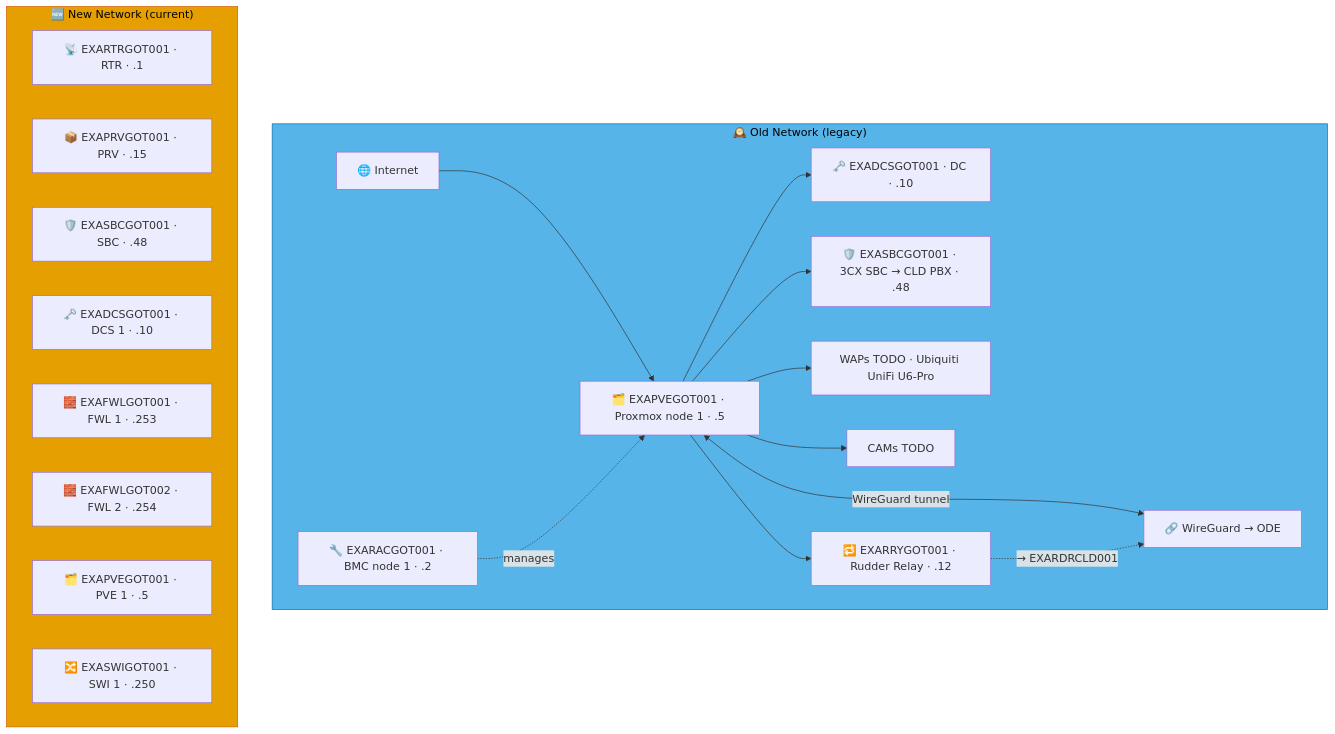
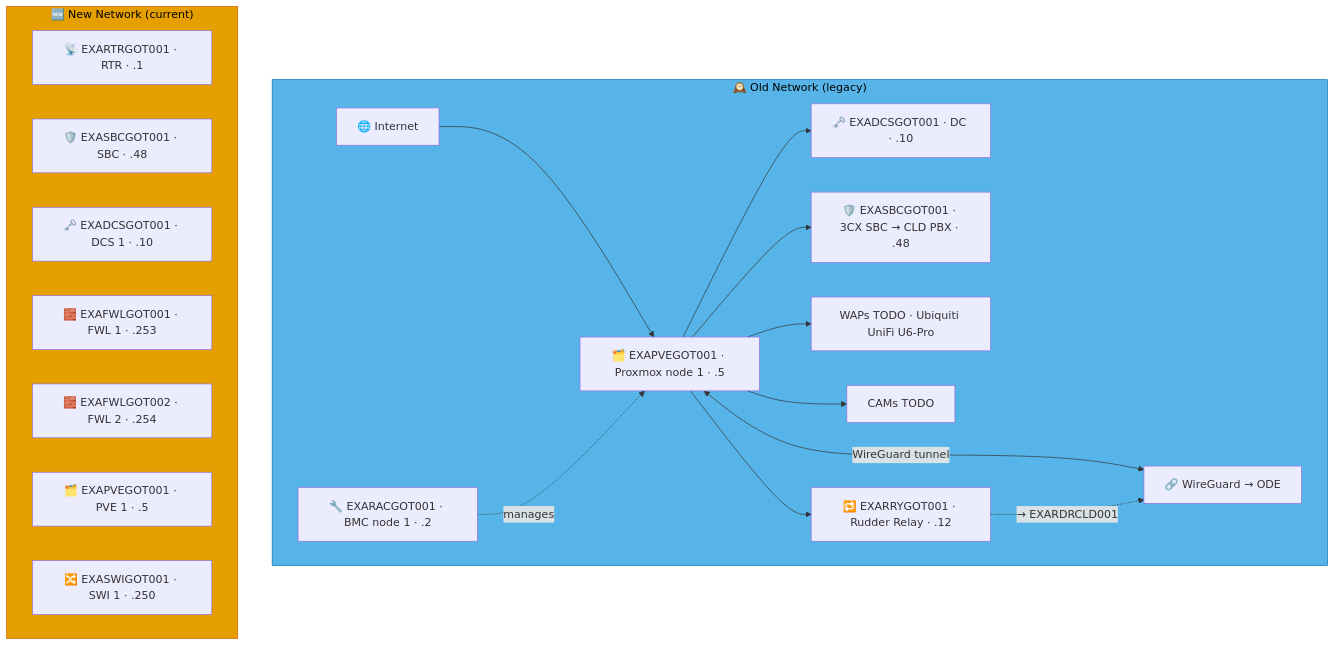
Before and after one commit to knightmare2600/example_music_infra: the diagram in docs/network-diagram/sverige.md, drawn with Mermaid. The commit also changed 55 other files, not shown here.

````diff
--- a/docs/network-diagram/sverige.md
+++ b/docs/network-diagram/sverige.md
@@ -16,36 +16,35 @@
 ```mermaid
 graph TD
     subgraph OLD_GOT ["🕰️ Old Network (legacy)"]
       INET["🌐 Internet"]
       RAC["🔧 EXARACGOT001 · BMC node 1 · .2"]
       PVE["🗂️ EXAPVEGOT001 · Proxmox node 1 · .5"]
       DC["🗝️ EXADCSGOT001 · DC · .10"]
       SBC["🛡️ EXASBCGOT001 · 3CX SBC → CLD PBX · .48"]
       RRY["🔁 EXARRYGOT001 · Rudder Relay · .12"]
       WAP["WAPs TODO · Ubiquiti UniFi U6-Pro"]
       CAM["CAMs TODO"]
       VPN["🔗 WireGuard → ODE"]
 
       INET --> PVE --> DC & SBC
       RAC -.->|"manages"| PVE
       PVE --> WAP & CAM
       PVE <-->|"WireGuard tunnel"| VPN
 
       PVE --> RRY
       RRY -. "→ EXARDRCLD001" .-> VPN
     end
     style OLD_GOT fill:#56B4E9,stroke:#0072B2,color:#000000
     %% GENERATED:NEW-NETWORK:GOT:START
     subgraph NEW_GOT ["🆕 New Network (current)"]
       N_RTR["📡 EXARTRGOT001 · RTR · .1"]
-      N_PRV["📦 EXAPRVGOT001 · PRV · .15"]
       N_SBC["🛡️ EXASBCGOT001 · SBC · .48"]
       N_DCS["🗝️ EXADCSGOT001 · DCS 1 · .10"]
       N_FWL["🧱 EXAFWLGOT001 · FWL 1 · .253"]
       N_FWL2["🧱 EXAFWLGOT002 · FWL 2 · .254"]
       N_PVE["🗂️ EXAPVEGOT001 · PVE 1 · .5"]
       N_SWI["🔀 EXASWIGOT001 · SWI 1 · .250"]
     end
     style NEW_GOT fill:#E69F00,stroke:#D55E00,color:#000000
     %% GENERATED:NEW-NETWORK:GOT:END
 ```
````
